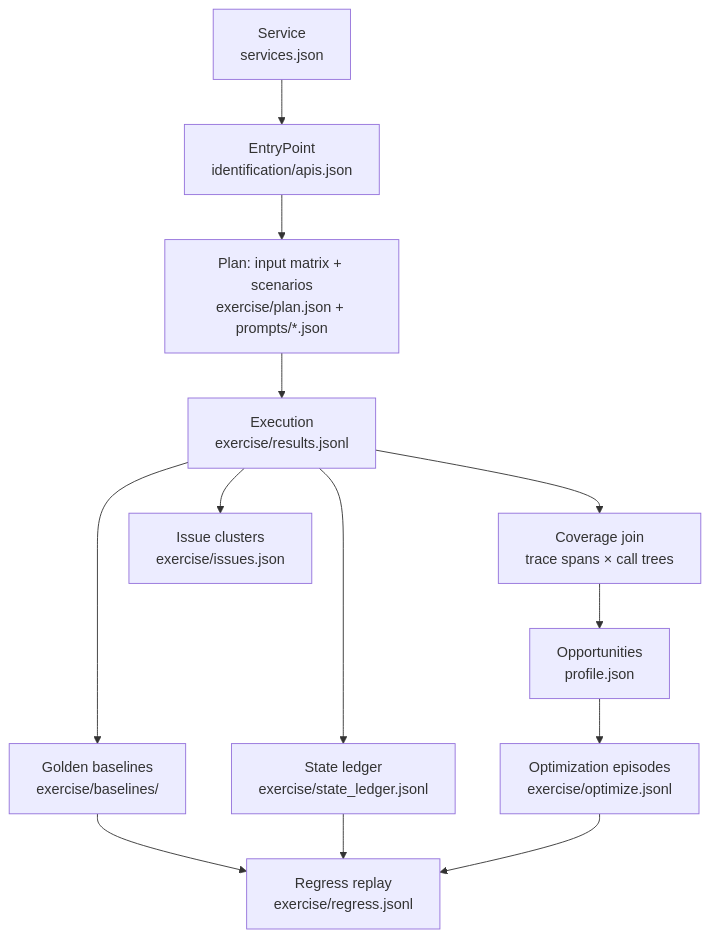
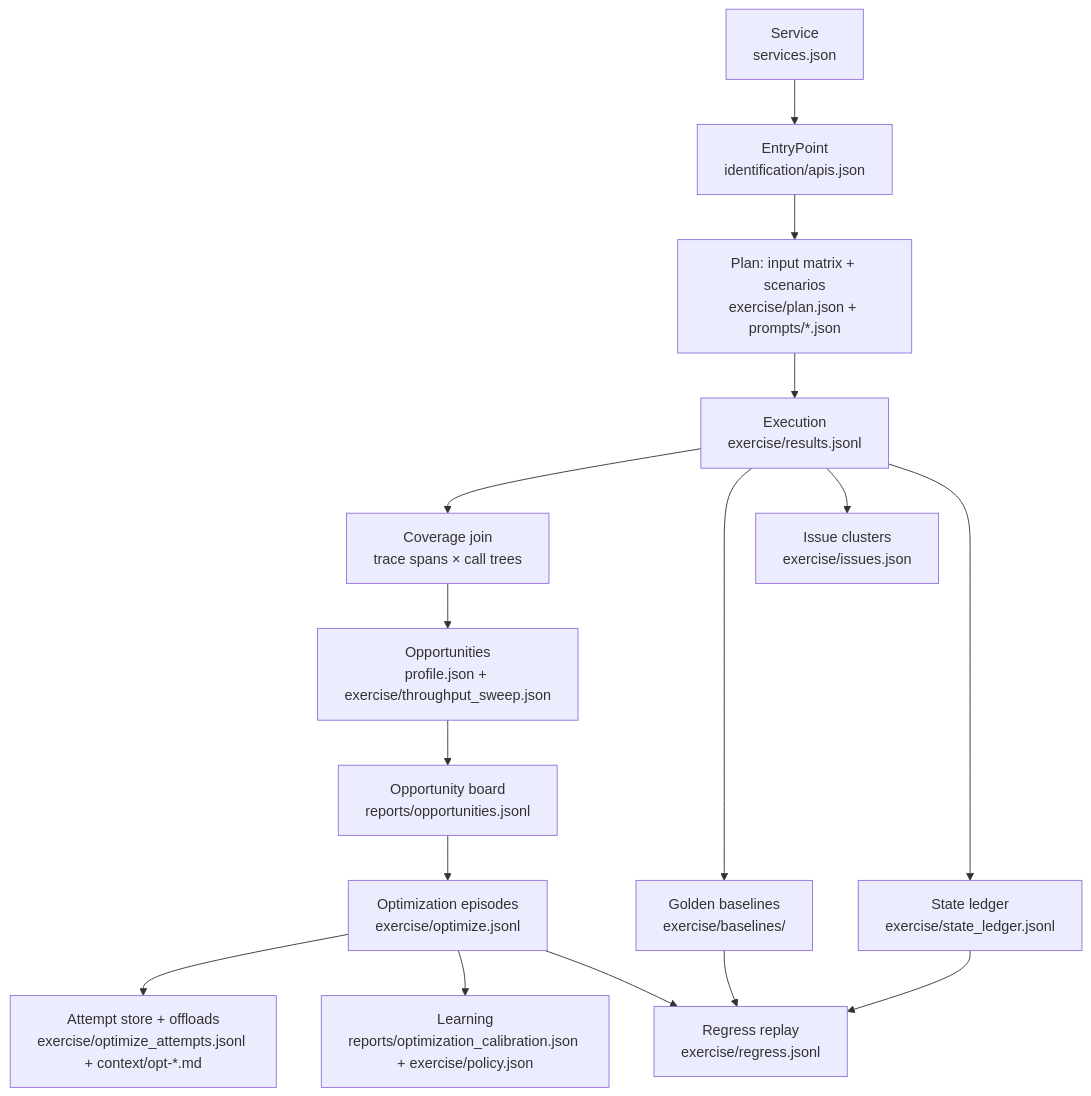
The diagram in docs/testing-ontology.md (VinvAI/VinvAI), drawn with Mermaid before and after one commit. The commit also changed other lines of this file and 16 other files, not shown here.

````diff
--- a/docs/testing-ontology.md
+++ b/docs/testing-ontology.md
@@ -10,15 +10,18 @@
 ```mermaid
 flowchart TD
   S[Service<br/>services.json] --> E[EntryPoint<br/>identification/apis.json]
   E --> P[Plan: input matrix + scenarios<br/>exercise/plan.json + prompts/*.json]
   P --> X[Execution<br/>exercise/results.jsonl]
   X --> C[Coverage join<br/>trace spans × call trees]
   X --> B[Golden baselines<br/>exercise/baselines/]
   X --> I[Issue clusters<br/>exercise/issues.json]
   X --> L[State ledger<br/>exercise/state_ledger.jsonl]
-  C --> O[Opportunities<br/>profile.json]
-  O --> EP[Optimization episodes<br/>exercise/optimize.jsonl]
+  C --> O[Opportunities<br/>profile.json + exercise/throughput_sweep.json]
+  O --> BD[Opportunity board<br/>reports/opportunities.jsonl]
+  BD --> EP[Optimization episodes<br/>exercise/optimize.jsonl]
+  EP --> AT[Attempt store + offloads<br/>exercise/optimize_attempts.jsonl + context/opt-*.md]
+  EP --> LR[Learning<br/>reports/optimization_calibration.json + exercise/policy.json]
   B --> R[Regress replay<br/>exercise/regress.jsonl]
   L --> R
   EP --> R
 ```
````
